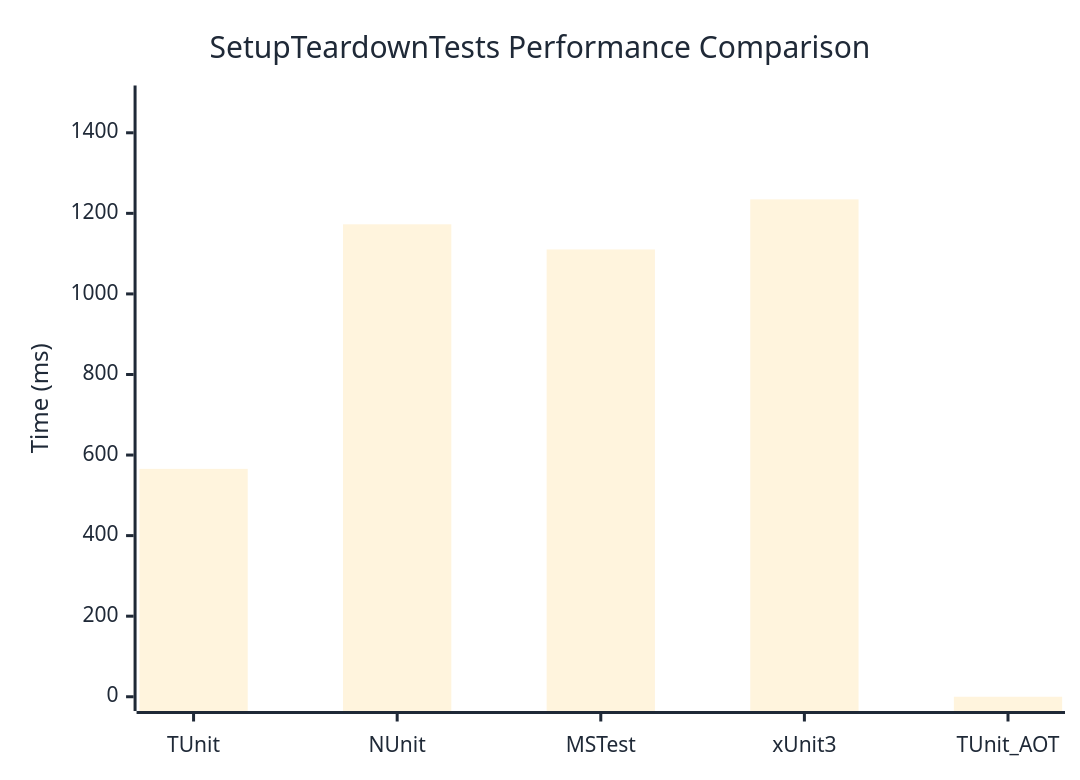
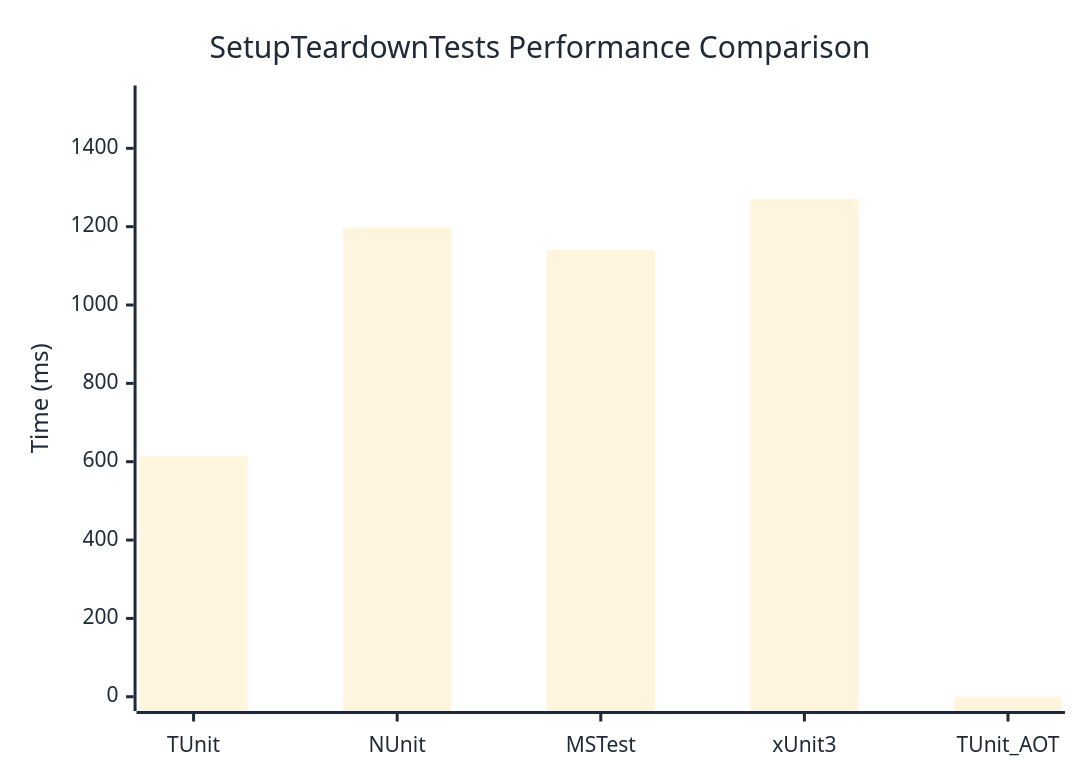
The diagram in docs/docs/benchmarks/SetupTeardownTests.md (thomhurst/TUnit), drawn with Mermaid before and after one commit. The commit also changed other lines of this file and 17 other files, not shown here.

````diff
--- a/docs/docs/benchmarks/SetupTeardownTests.md
+++ b/docs/docs/benchmarks/SetupTeardownTests.md
@@ -27,37 +27,37 @@
 ```mermaid
 %%{init: {
   'theme':'base',
   'themeVariables': {
     'primaryColor': '#2563eb',
     'primaryTextColor': '#1f2937',
     'primaryBorderColor': '#1e40af',
     'lineColor': '#6b7280',
     'secondaryColor': '#7c3aed',
     'tertiaryColor': '#dc2626',
     'background': '#ffffff',
     'mainBkg': '#2563eb',
     'secondBkg': '#7c3aed',
     'tertiaryBkg': '#dc2626',
     'clusterBkg': '#f3f4f6',
     'edgeLabelBackground': '#ffffff',
     'tertiaryTextColor': '#1f2937',
     'pie1': '#2563eb',
     'pie2': '#7c3aed',
     'pie3': '#dc2626',
     'pie4': '#f59e0b',
     'pie5': '#10b981',
     'pie6': '#06b6d4',
     'pie7': '#ec4899',
     'pie8': '#6366f1',
     'pie9': '#84cc16',
     'pie10': '#f97316',
     'pie11': '#14b8a6',
     'pie12': '#a855f7'
   }
 }}%%
 xychart-beta
   title "SetupTeardownTests Performance Comparison"
   x-axis ["TUnit", "NUnit", "MSTest", "xUnit3", "TUnit_AOT"]
-  y-axis "Time (ms)" 0 --> 1482
-  bar [565.7, 1172.8, 1110.4, 1234.7, 0]
+  y-axis "Time (ms)" 0 --> 1524
+  bar [613.8, 1197.9, 1141.1, 1269.8, 0]
 ```
````
